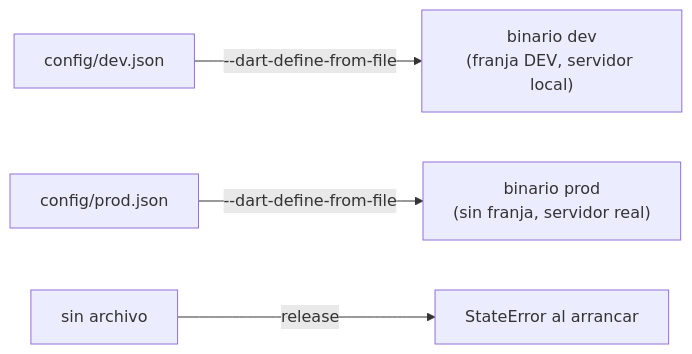
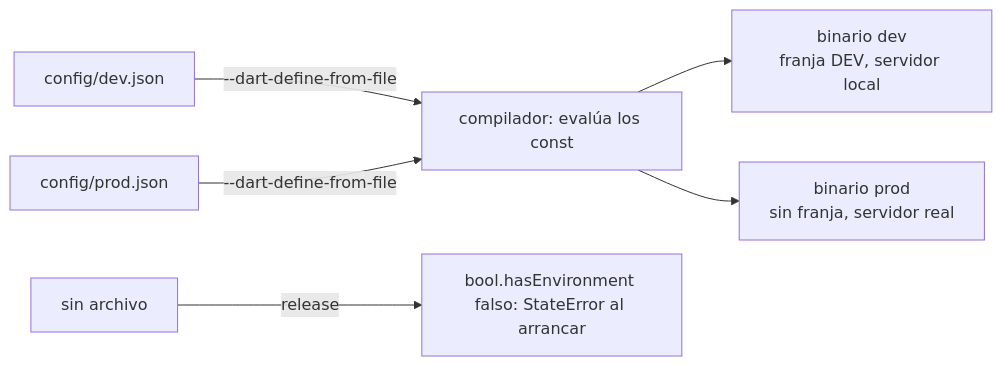
One commit to NICORUIZ93/The_Imperial_Book changed the second of 4 diagrams in web/public/content/flutter/modulo-11.md. Above: the diagram before and after it, drawn with Mermaid. The commit also changed other lines of this file and 65 other files, not shown here.

````diff
--- a/web/public/content/flutter/modulo-11.md
+++ b/web/public/content/flutter/modulo-11.md
@@ -556,6 +694,8 @@
 ```mermaid
 flowchart LR
-    D["config/dev.json"] -->|"--dart-define-from-file"| B1["binario dev<br/>(franja DEV, servidor local)"]
-    P["config/prod.json"] -->|"--dart-define-from-file"| B2["binario prod<br/>(sin franja, servidor real)"]
-    N["sin archivo"] -->|"release"| X["StateError al arrancar"]
+    D["config/dev.json"] -->|"--dart-define-from-file"| C["compilador: evalúa los const"]
+    P["config/prod.json"] -->|"--dart-define-from-file"| C
+    C --> B1["binario dev<br/>franja DEV, servidor local"]
+    C --> B2["binario prod<br/>sin franja, servidor real"]
+    N["sin archivo"] -->|"release"| X["bool.hasEnvironment falso: StateError al arrancar"]
 ```
````
